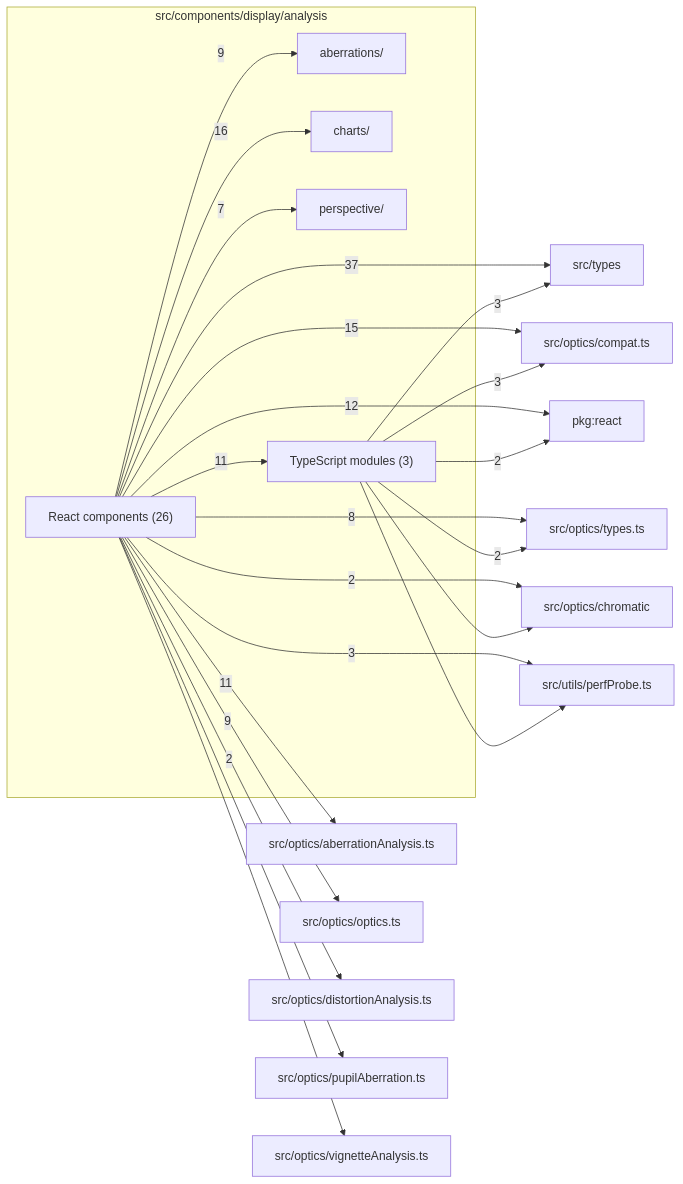
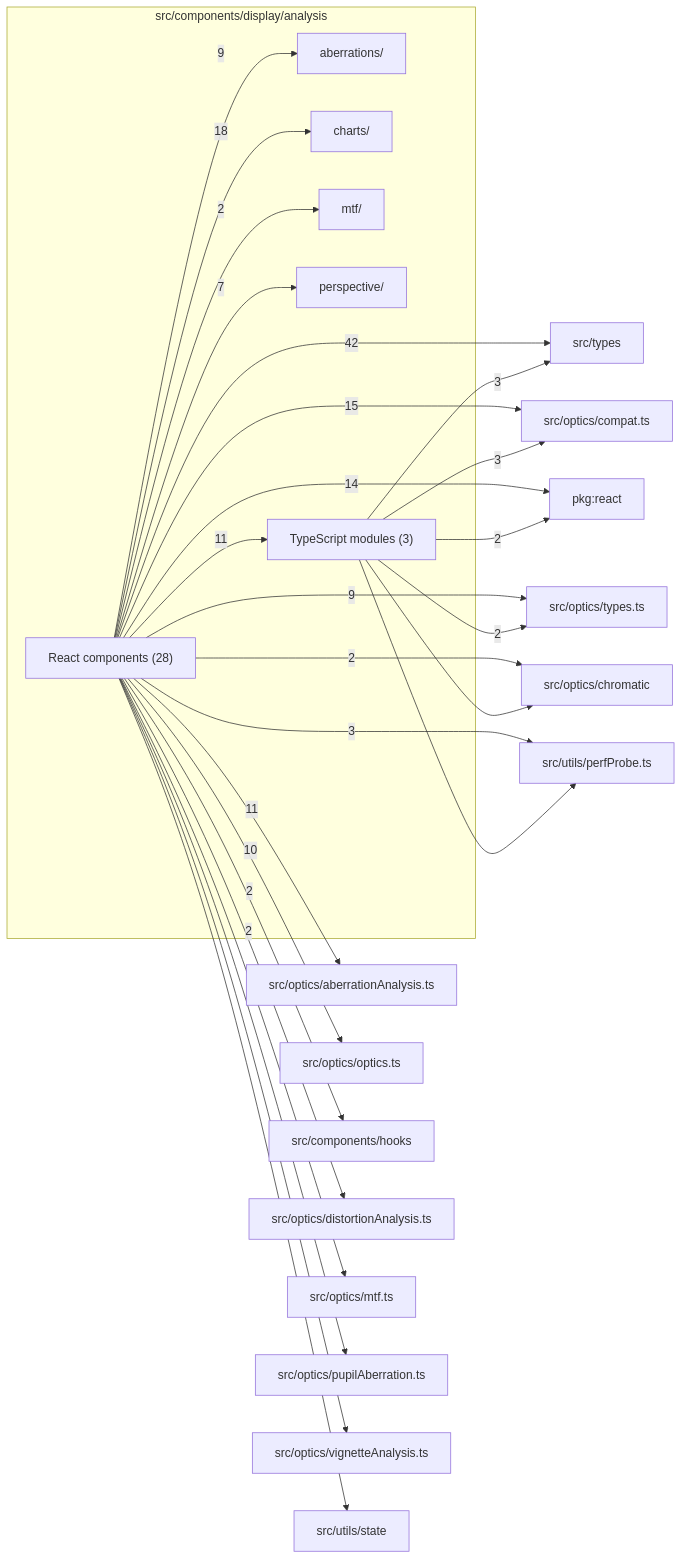
Before and after one commit to ronbuening/LensVisualizer: the diagram in src/components/display/analysis/readme.md, drawn with Mermaid. The commit also changed other lines of this file and 262 other files, not shown here.

Commit message:
Add simulated MTF with manufacturer-style charts, accuracy review and image-plane source audits (#736)

````diff
--- a/src/components/display/analysis/readme.md
+++ b/src/components/display/analysis/readme.md
@@ -9,42 +9,50 @@
 ```mermaid
 flowchart LR
   subgraph n_src_components_display_analysis["src/components/display/analysis"]
     n_src_components_display_analysis_src_components_display_analysis_aberrations["aberrations/"]
     n_src_components_display_analysis_src_components_display_analysis_charts["charts/"]
+    n_src_components_display_analysis_src_components_display_analysis_mtf["mtf/"]
     n_src_components_display_analysis_src_components_display_analysis_perspective["perspective/"]
-    n_src_components_display_analysis_React_components["React components (26)"]
+    n_src_components_display_analysis_React_components["React components (28)"]
     n_src_components_display_analysis_TypeScript_modules["TypeScript modules (3)"]
   end
   n_external_src_types["src/types"]
   n_external_src_optics_compat_ts["src/optics/compat.ts"]
   n_external_pkg_react["pkg:react"]
   n_external_src_optics_aberrationAnalysis_ts["src/optics/aberrationAnalysis.ts"]
   n_external_src_optics_optics_ts["src/optics/optics.ts"]
   n_external_src_optics_types_ts["src/optics/types.ts"]
   n_external_src_utils_perfProbe_ts["src/utils/perfProbe.ts"]
+  n_external_src_components_hooks["src/components/hooks"]
   n_external_src_optics_chromatic["src/optics/chromatic"]
   n_external_src_optics_distortionAnalysis_ts["src/optics/distortionAnalysis.ts"]
+  n_external_src_optics_mtf_ts["src/optics/mtf.ts"]
   n_external_src_optics_pupilAberration_ts["src/optics/pupilAberration.ts"]
   n_external_src_optics_vignetteAnalysis_ts["src/optics/vignetteAnalysis.ts"]
-  n_src_components_display_analysis_React_components --> |37| n_external_src_types
-  n_src_components_display_analysis_React_components --> |16| n_src_components_display_analysis_src_components_display_analysis_charts
+  n_external_src_utils_state["src/utils/state"]
+  n_src_components_display_analysis_React_components --> |42| n_external_src_types
+  n_src_components_display_analysis_React_components --> |18| n_src_components_display_analysis_src_components_display_analysis_charts
   n_src_components_display_analysis_React_components --> |15| n_external_src_optics_compat_ts
-  n_src_components_display_analysis_React_components --> |12| n_external_pkg_react
+  n_src_components_display_analysis_React_components --> |14| n_external_pkg_react
   n_src_components_display_analysis_React_components --> |11| n_external_src_optics_aberrationAnalysis_ts
   n_src_components_display_analysis_React_components --> |11| n_src_components_display_analysis_TypeScript_modules
-  n_src_components_display_analysis_React_components --> |9| n_external_src_optics_optics_ts
+  n_src_components_display_analysis_React_components --> |10| n_external_src_optics_optics_ts
+  n_src_components_display_analysis_React_components --> |9| n_external_src_optics_types_ts
   n_src_components_display_analysis_React_components --> |9| n_src_components_display_analysis_src_components_display_analysis_aberrations
-  n_src_components_display_analysis_React_components --> |8| n_external_src_optics_types_ts
   n_src_components_display_analysis_React_components --> |7| n_src_components_display_analysis_src_components_display_analysis_perspective
   n_src_components_display_analysis_TypeScript_modules --> |3| n_external_src_optics_compat_ts
   n_src_components_display_analysis_TypeScript_modules --> |3| n_external_src_types
   n_src_components_display_analysis_React_components --> |3| n_external_src_utils_perfProbe_ts
   n_src_components_display_analysis_TypeScript_modules --> |2| n_external_pkg_react
+  n_src_components_display_analysis_React_components --> |2| n_external_src_components_hooks
   n_src_components_display_analysis_React_components --> |2| n_external_src_optics_chromatic
   n_src_components_display_analysis_React_components --> |2| n_external_src_optics_distortionAnalysis_ts
   n_src_components_display_analysis_TypeScript_modules --> |2| n_external_src_optics_types_ts
+  n_src_components_display_analysis_React_components --> |2| n_src_components_display_analysis_src_components_display_analysis_mtf
   n_src_components_display_analysis_TypeScript_modules --> n_external_src_optics_chromatic
+  n_src_components_display_analysis_React_components --> n_external_src_optics_mtf_ts
   n_src_components_display_analysis_React_components --> n_external_src_optics_pupilAberration_ts
   n_src_components_display_analysis_React_components --> n_external_src_optics_vignetteAnalysis_ts
   n_src_components_display_analysis_TypeScript_modules --> n_external_src_utils_perfProbe_ts
+  n_src_components_display_analysis_React_components --> n_external_src_utils_state
 ```
````
